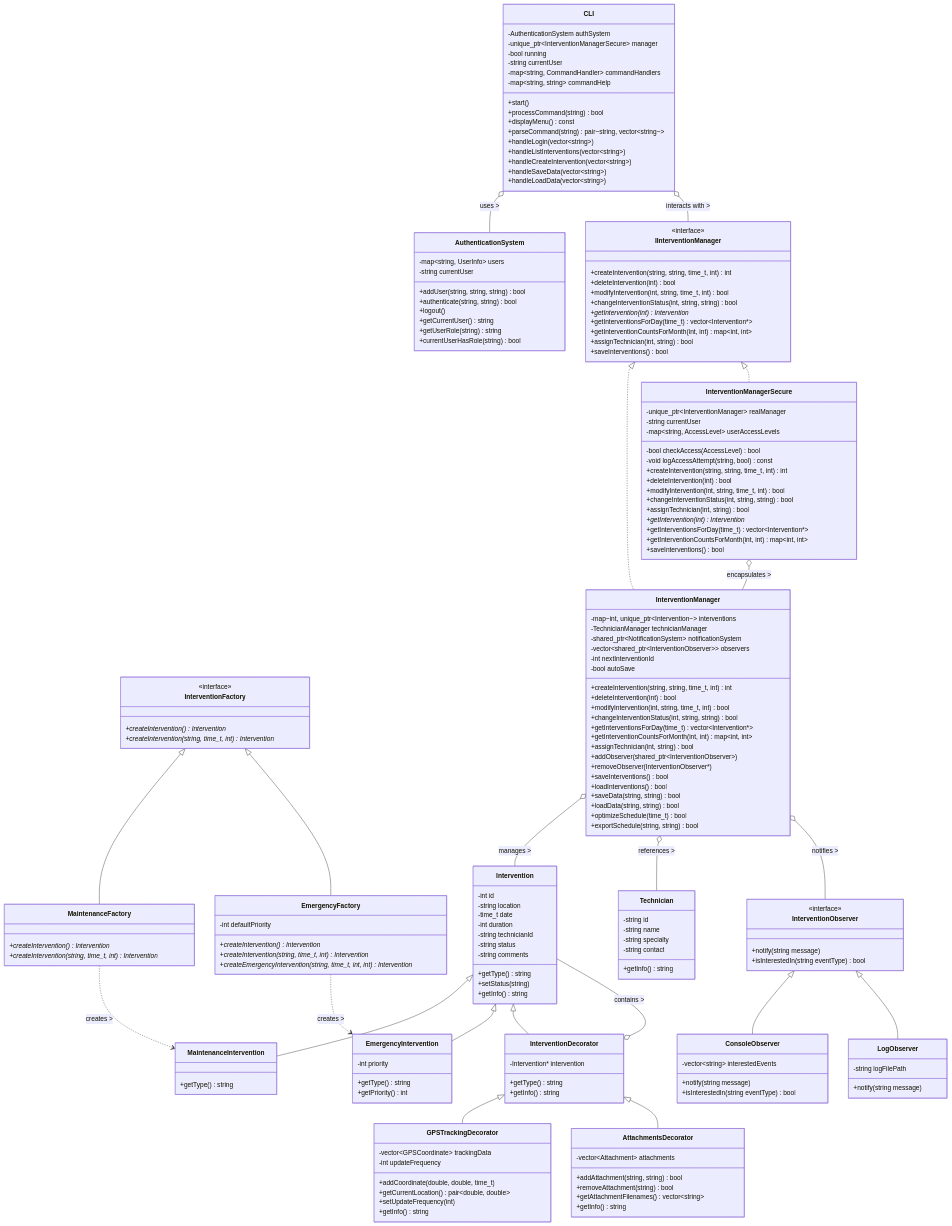
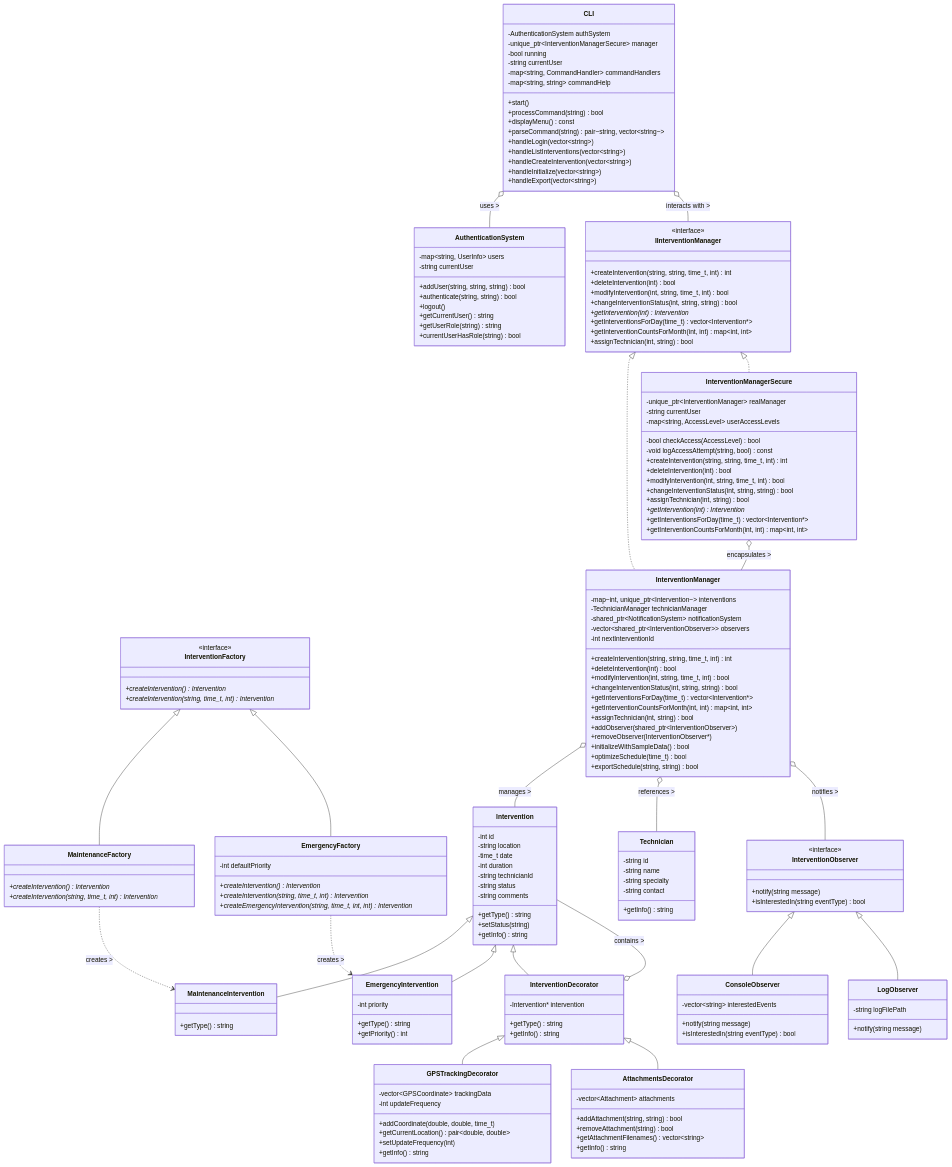
Before and after one commit to Krys012/TechInterventionPlanner: the diagram in doc/global_design_diagram.mermaid, drawn with Mermaid. The commit also changed 4 other files, not shown here.

```diff
--- a/doc/global_design_diagram.mermaid
+++ b/doc/global_design_diagram.mermaid
@@ -99,7 +99,6 @@
         -shared_ptr~NotificationSystem~ notificationSystem
         -vector~shared_ptr~InterventionObserver~~ observers
         -int nextInterventionId
-        -bool autoSave
         +createIntervention(string, string, time_t, int) int
         +deleteIntervention(int) bool
         +modifyIntervention(int, string, time_t, int) bool
@@ -109,10 +108,7 @@
         +assignTechnician(int, string) bool
         +addObserver(shared_ptr~InterventionObserver~)
         +removeObserver(InterventionObserver*)
-        +saveInterventions() bool
-        +loadInterventions() bool
-        +saveData(string, string) bool
-        +loadData(string, string) bool
+        +initializeWithSampleData() bool
         +optimizeSchedule(time_t) bool
         +exportSchedule(string, string) bool
     }
@@ -128,7 +124,6 @@
         +getInterventionsForDay(time_t) vector~Intervention*~
         +getInterventionCountsForMonth(int, int) map~int, int~
         +assignTechnician(int, string) bool
-        +saveInterventions() bool
     }
 
     class InterventionManagerSecure {
@@ -145,7 +140,6 @@
         +getIntervention(int) Intervention*
         +getInterventionsForDay(time_t) vector~Intervention*~
         +getInterventionCountsForMonth(int, int) map~int, int~
-        +saveInterventions() bool
     }
 
 %% Authentication
@@ -175,8 +169,8 @@
         +handleLogin(vector~string~)
         +handleListInterventions(vector~string~)
         +handleCreateIntervention(vector~string~)
-        +handleSaveData(vector~string~)
-        +handleLoadData(vector~string~)
+        +handleInitialize(vector~string~)
+        +handleExport(vector~string~)
     }
 
 %% Inheritance relationships
```
